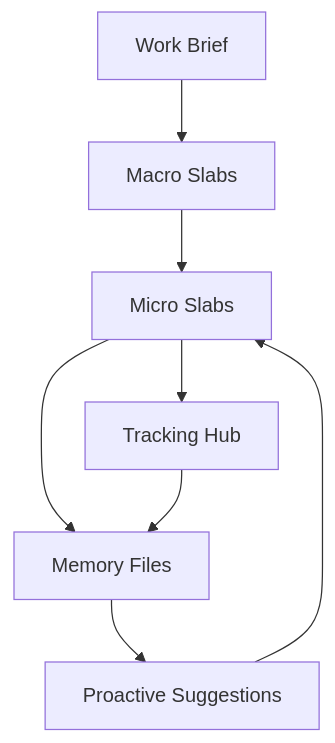
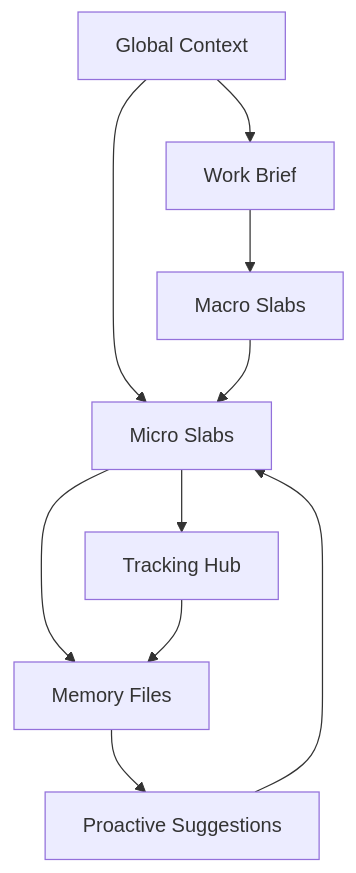
One commit to Daviddeveney/slabs changed the diagram in docs/concepts.md. Above: the diagram before and after it, drawn with Mermaid. The commit also changed other lines of this file and 106 other files, not shown here.

````diff
--- a/docs/concepts.md
+++ b/docs/concepts.md
@@ -5,10 +5,12 @@
 ```mermaid
 flowchart TD
+    GC["Global Context"] --> WB["Work Brief"]
+    GC --> MI["Micro Slabs"]
     WB["Work Brief"] --> MS["Macro Slabs"]
     MS --> MI["Micro Slabs"]
     MI --> TH["Tracking Hub"]
     MI --> MEM["Memory Files"]
     TH --> MEM
     MEM --> AUTO["Proactive Suggestions"]
     AUTO --> MI
 ```
````
